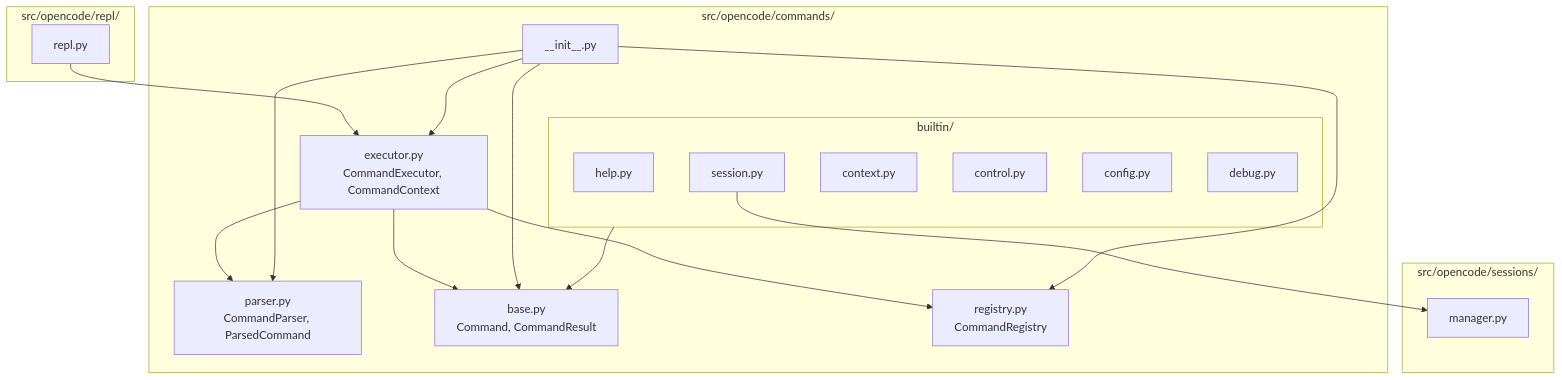
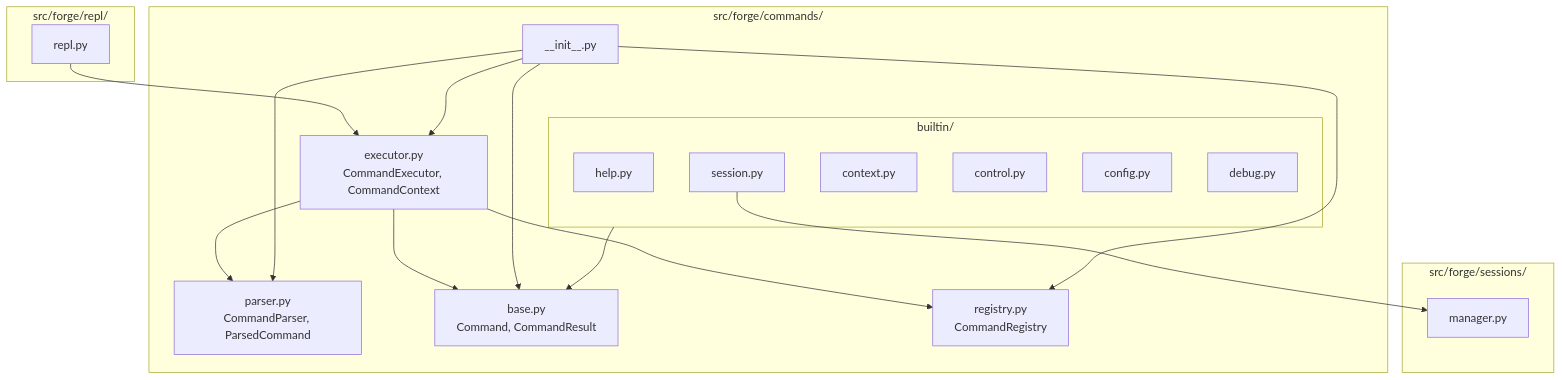
One commit to corey-rosamond/Code-Forge changed the sixth of 14 diagrams in .ai/phase/6.1/UML.md. Above: the diagram before and after it, drawn with Mermaid. The commit also changed 505 other files, not shown here.

````diff
--- a/.ai/phase/6.1/UML.md
+++ b/.ai/phase/6.1/UML.md
@@ -242,41 +242,41 @@
 ```mermaid
 flowchart TB
-    subgraph CommandsPkg["src/opencode/commands/"]
+    subgraph CommandsPkg["src/forge/commands/"]
         INIT["__init__.py"]
         PARSER["parser.py<br/>CommandParser, ParsedCommand"]
         BASE["base.py<br/>Command, CommandResult"]
         REGISTRY["registry.py<br/>CommandRegistry"]
         EXECUTOR["executor.py<br/>CommandExecutor, CommandContext"]
 
         subgraph BuiltinPkg["builtin/"]
             HELP["help.py"]
             SESSION["session.py"]
             CONTEXT["context.py"]
             CONTROL["control.py"]
             CONFIG["config.py"]
             DEBUG["debug.py"]
         end
     end
 
-    subgraph REPLPkg["src/opencode/repl/"]
+    subgraph REPLPkg["src/forge/repl/"]
         REPL["repl.py"]
     end
 
-    subgraph SessionsPkg["src/opencode/sessions/"]
+    subgraph SessionsPkg["src/forge/sessions/"]
         SESSION_MGR["manager.py"]
     end
 
     EXECUTOR --> PARSER
     EXECUTOR --> REGISTRY
     EXECUTOR --> BASE
 
     REPL --> EXECUTOR
 
     BuiltinPkg --> BASE
     SESSION --> SESSION_MGR
 
     INIT --> PARSER
     INIT --> BASE
     INIT --> REGISTRY
     INIT --> EXECUTOR
 ```
````
